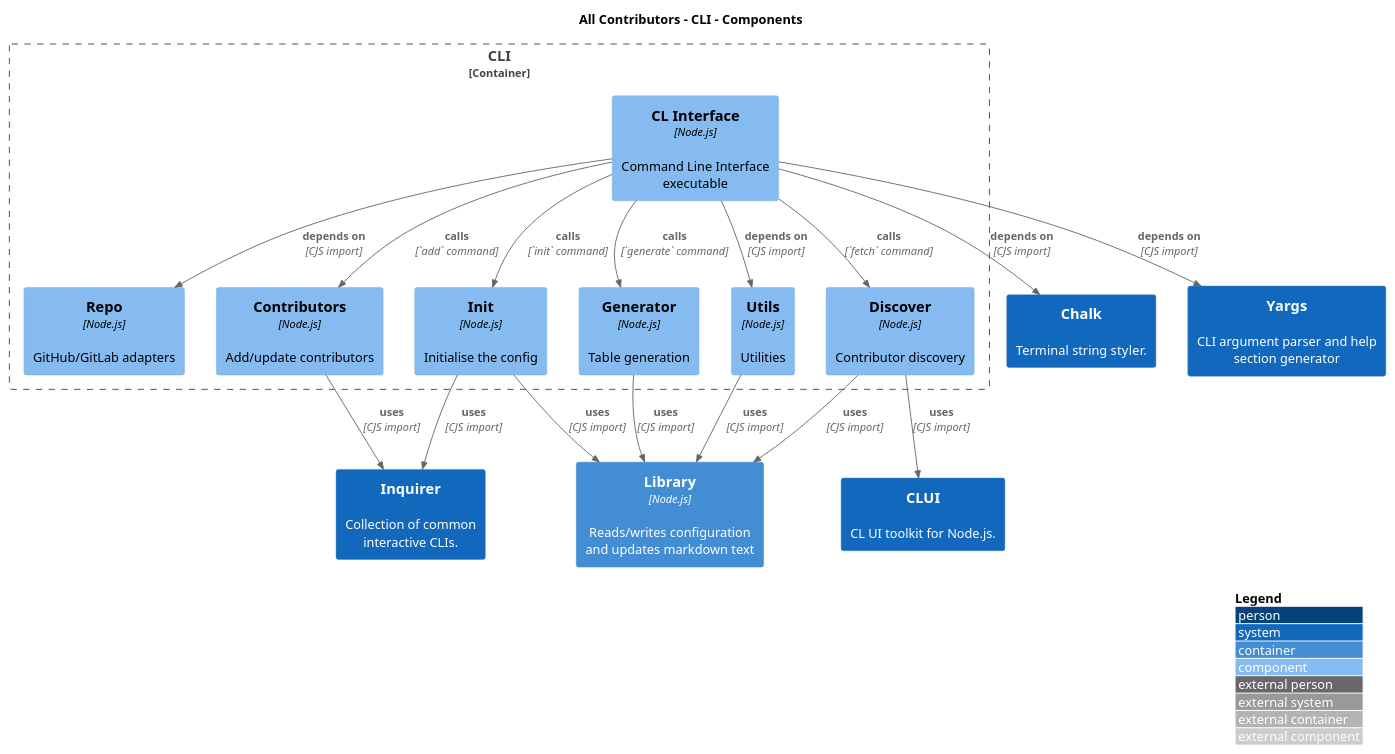
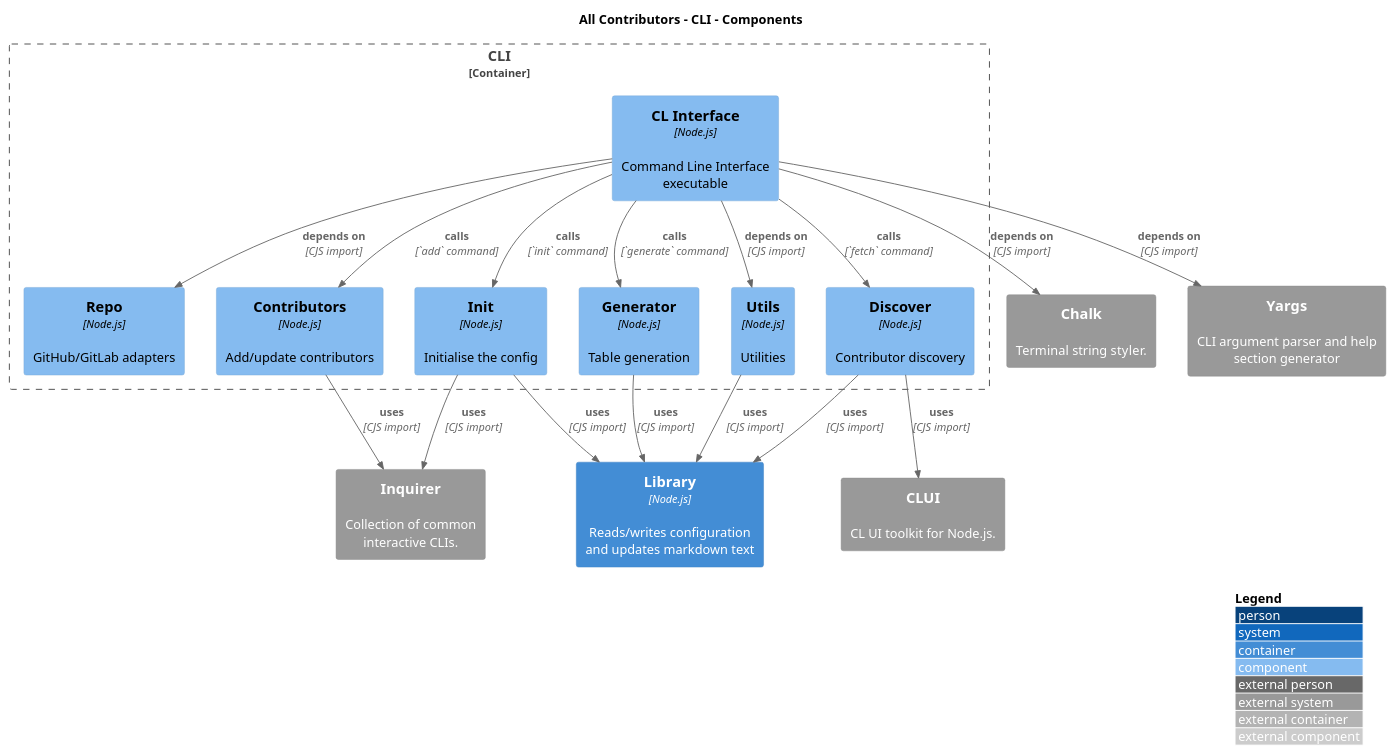
The diagram in diagrams/structurizr-62115-CLI_components.puml (all-contributors/architecture), drawn with PlantUML before and after one commit. The commit also changed 8 other files, not shown here.

```diff
--- a/diagrams/structurizr-62115-CLI_components.puml
+++ b/diagrams/structurizr-62115-CLI_components.puml
@@ -1,39 +1,39 @@
 @startuml(id=CLI_components)
 !includeurl https://raw.githubusercontent.com/plantuml-stdlib/C4-PlantUML/master/C4.puml
 !includeurl https://raw.githubusercontent.com/plantuml-stdlib/C4-PlantUML/master/C4_Context.puml
 !includeurl https://raw.githubusercontent.com/plantuml-stdlib/C4-PlantUML/master/C4_Container.puml
 !includeurl https://raw.githubusercontent.com/plantuml-stdlib/C4-PlantUML/master/C4_Component.puml
 LAYOUT_WITH_LEGEND()
 
 title All Contributors - CLI - Components
 
-System(36, "CLUI", "CL UI toolkit for Node.js.")
-System(33, "Chalk", "Terminal string styler.")
-System(35, "Inquirer", "Collection of common interactive CLIs.")
-Container(18, "Library", "Node.js", "Reads/writes configuration and updates markdown text")
-System(34, "Yargs", "CLI argument parser and help section generator")
-Container_Boundary(4_boundary, CLI) {
-  Component(5, "CL Interface", "Node.js", "Command Line Interface executable")
-  Component(7, "Contributors", "Node.js", "Add/update contributors")
-  Component(9, "Discover", "Node.js", "Contributor discovery")
-  Component(8, "Generator", "Node.js", "Table generation")
-  Component(6, "Init", "Node.js", "Initialise the config")
-  Component(10, "Repo", "Node.js", "GitHub/GitLab adapters")
-  Component(11, "Utils", "Node.js", "Utilities")
+System_Ext(clui, "CLUI", "CL UI toolkit for Node.js.")
+System_Ext(chalk, "Chalk", "Terminal string styler.")
+System_Ext(inquirer, "Inquirer", "Collection of common interactive CLIs.")
+Container(lib, "Library", "Node.js", "Reads/writes configuration and updates markdown text")
+System_Ext(yargs, "Yargs", "CLI argument parser and help section generator")
+Container_Boundary(cli_boundary, CLI) {
+  Component(clinterface, "CL Interface", "Node.js", "Command Line Interface executable")
+  Component(contributors, "Contributors", "Node.js", "Add/update contributors")
+  Component(discover, "Discover", "Node.js", "Contributor discovery")
+  Component(generator, "Generator", "Node.js", "Table generation")
+  Component(init, "Init", "Node.js", "Initialise the config")
+  Component(repo, "Repo", "Node.js", "GitHub/GitLab adapters")
+  Component(utils, "Utils", "Node.js", "Utilities")
 }
-Rel_D(5, 33, "depends on", "CJS import")
-Rel_D(5, 7, "calls", "`add` command")
-Rel_D(5, 9, "calls", "`fetch` command")
-Rel_D(5, 8, "calls", "`generate` command")
-Rel_D(5, 6, "calls", "`init` command")
-Rel_D(5, 10, "depends on", "CJS import")
-Rel_D(5, 11, "depends on", "CJS import")
-Rel_D(5, 34, "depends on", "CJS import")
-Rel_D(7, 35, "uses", "CJS import")
-Rel_D(9, 36, "uses", "CJS import")
-Rel_D(9, 18, "uses", "CJS import")
-Rel_D(8, 18, "uses", "CJS import")
-Rel_D(6, 35, "uses", "CJS import")
-Rel_D(6, 18, "uses", "CJS import")
-Rel_D(11, 18, "uses", "CJS import")
+Rel_D(clinterface, chalk, "depends on", "CJS import")
+Rel_D(clinterface, contributors, "calls", "`add` command")
+Rel_D(clinterface, discover, "calls", "`fetch` command")
+Rel_D(clinterface, generator, "calls", "`generate` command")
+Rel_D(clinterface, init, "calls", "`init` command")
+Rel_D(clinterface, repo, "depends on", "CJS import")
+Rel_D(clinterface, utils, "depends on", "CJS import")
+Rel_D(clinterface, yargs, "depends on", "CJS import")
+Rel_D(contributors, inquirer, "uses", "CJS import")
+Rel_D(discover, clui, "uses", "CJS import")
+Rel_D(discover, lib, "uses", "CJS import")
+Rel_D(generator, lib, "uses", "CJS import")
+Rel_D(init, inquirer, "uses", "CJS import")
+Rel_D(init, lib, "uses", "CJS import")
+Rel_D(utils, lib, "uses", "CJS import")
 @enduml
```
